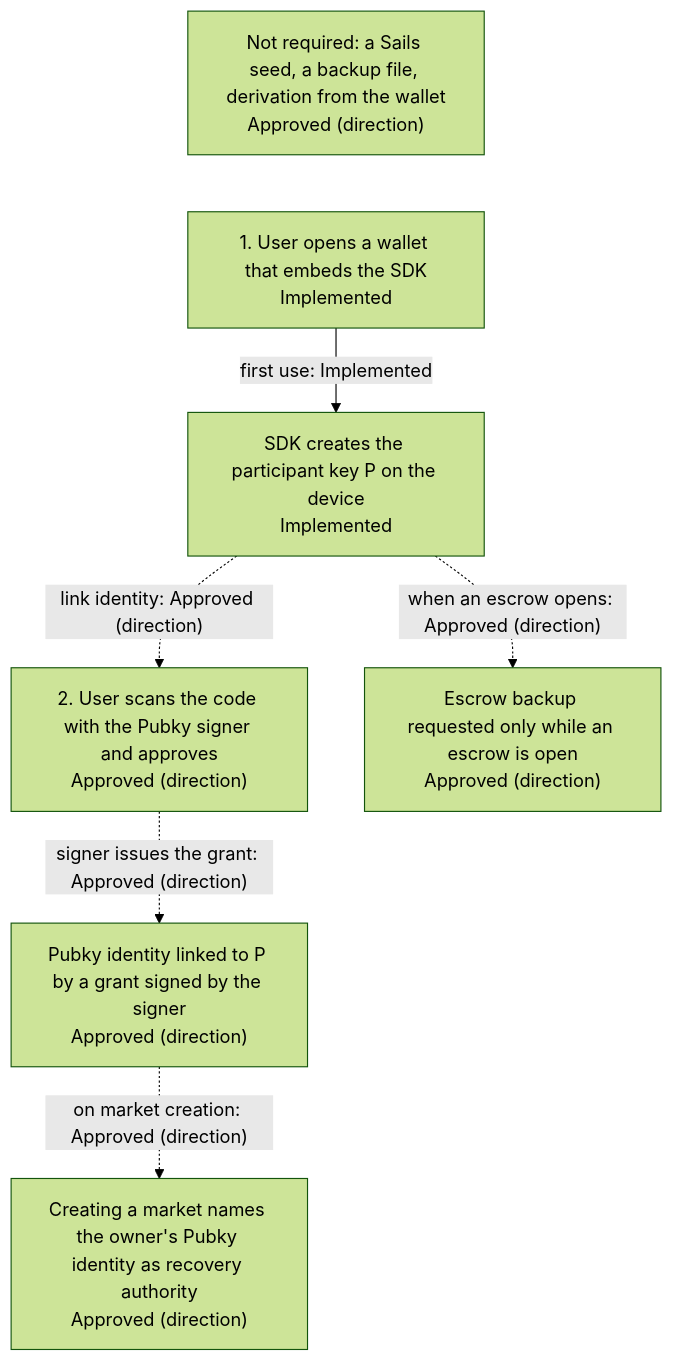
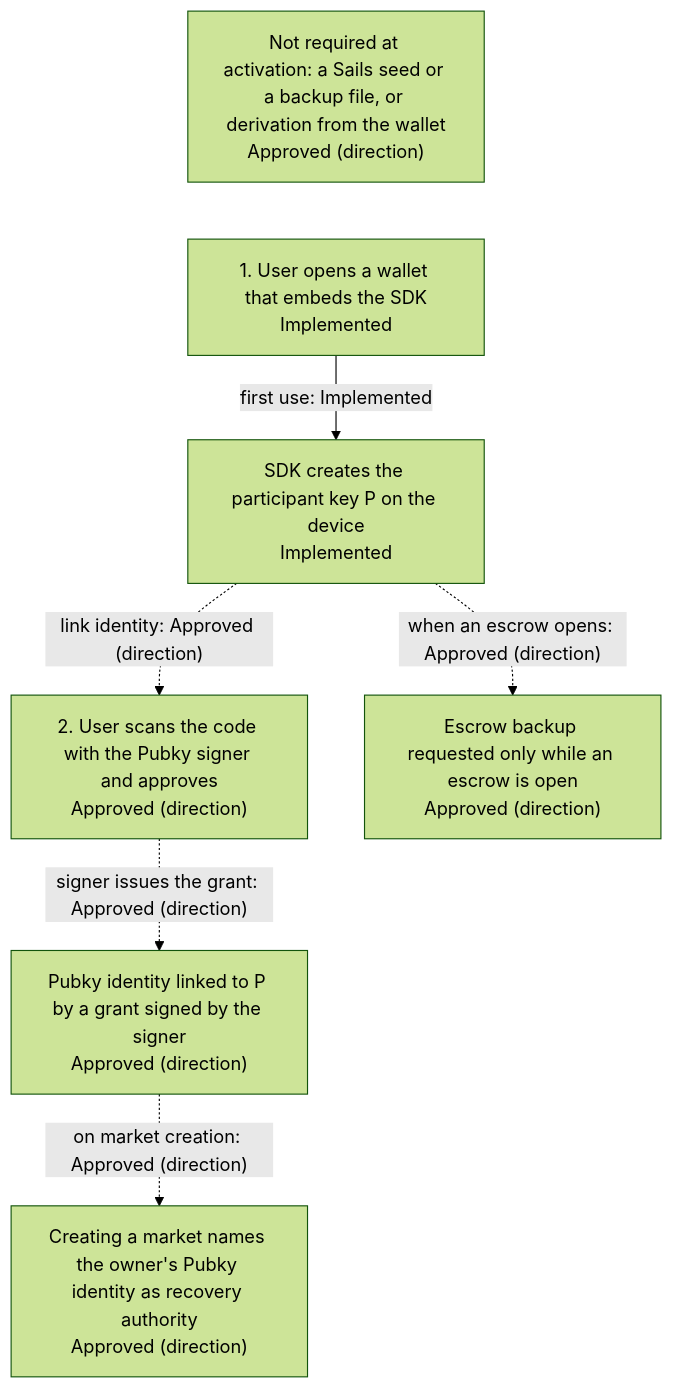
Before and after one commit to sails-protocol/Sails-Protocol: the fourth of 6 diagrams in docs/SYSTEM_DESIGN.md, drawn with Mermaid (forest theme). The commit also changed other lines of this file and 1 other file, not shown here.

Commit message:
docs: clarify Diagram 2 and 3 labels per review; remove non-ASCII from ADR-008

````diff
--- a/docs/SYSTEM_DESIGN.md
+++ b/docs/SYSTEM_DESIGN.md
@@ -667,16 +667,16 @@
 ```mermaid
 flowchart TD
   A["1. User opens a wallet that embeds the SDK<br/>Implemented"]
   P["SDK creates the participant key P on the device<br/>Implemented"]
   B["2. User scans the code with the Pubky signer and approves<br/>Approved (direction)"]
   G["Pubky identity linked to P by a grant signed by the signer<br/>Approved (direction)"]
   M["Creating a market names the owner's Pubky identity as recovery authority<br/>Approved (direction)"]
-  X["Not required: a Sails seed, a backup file, derivation from the wallet<br/>Approved (direction)"]
+  X["Not required at activation: a Sails seed or a backup file, or derivation from the wallet<br/>Approved (direction)"]
   E["Escrow backup requested only while an escrow is open<br/>Approved (direction)"]
   A -->|"first use: Implemented"| P
   P -.->|"link identity: Approved (direction)"| B
   B -.->|"signer issues the grant: Approved (direction)"| G
   G -.->|"on market creation: Approved (direction)"| M
   P -.->|"when an escrow opens: Approved (direction)"| E
   X ~~~ A
 ```
````
